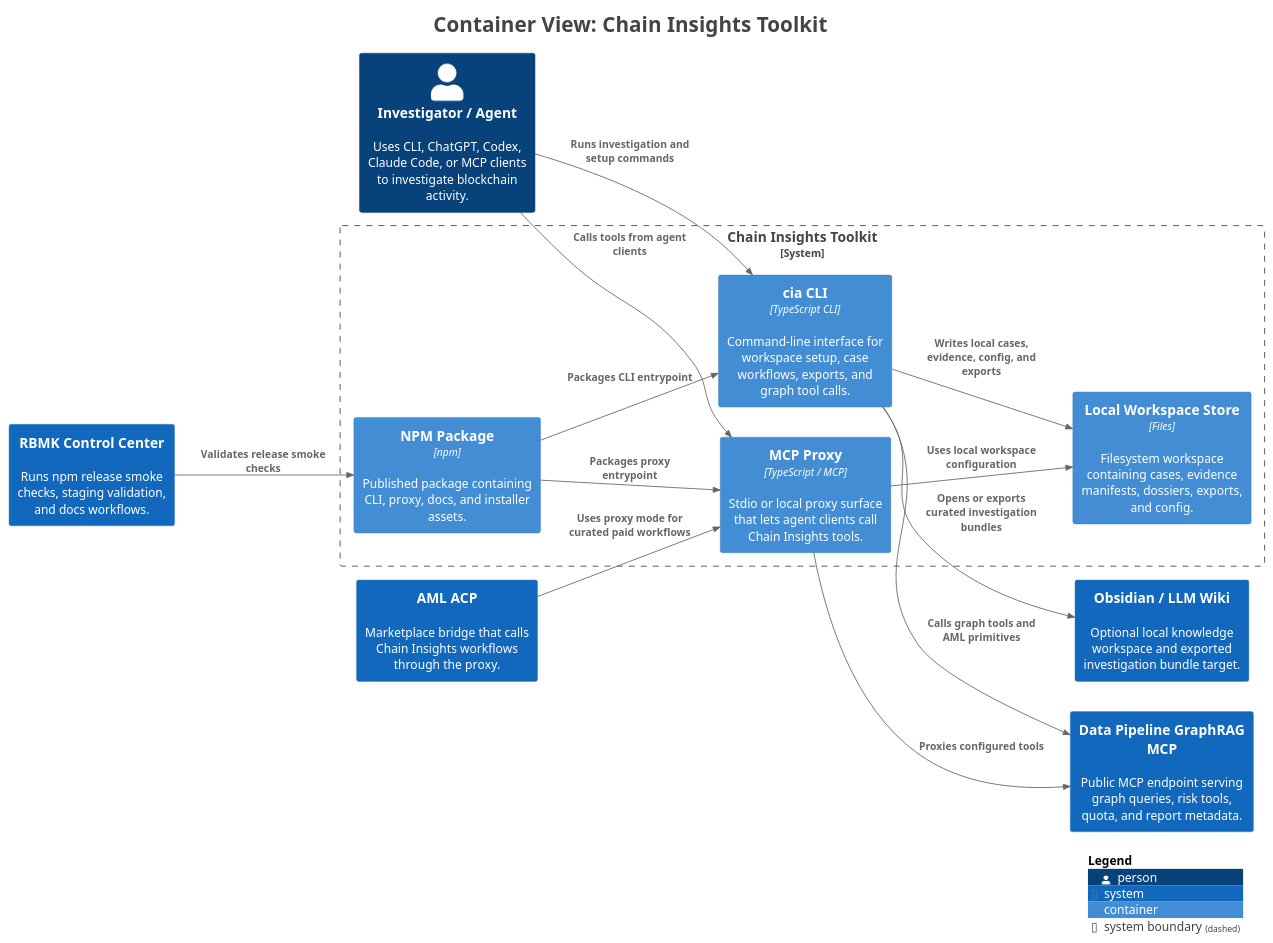
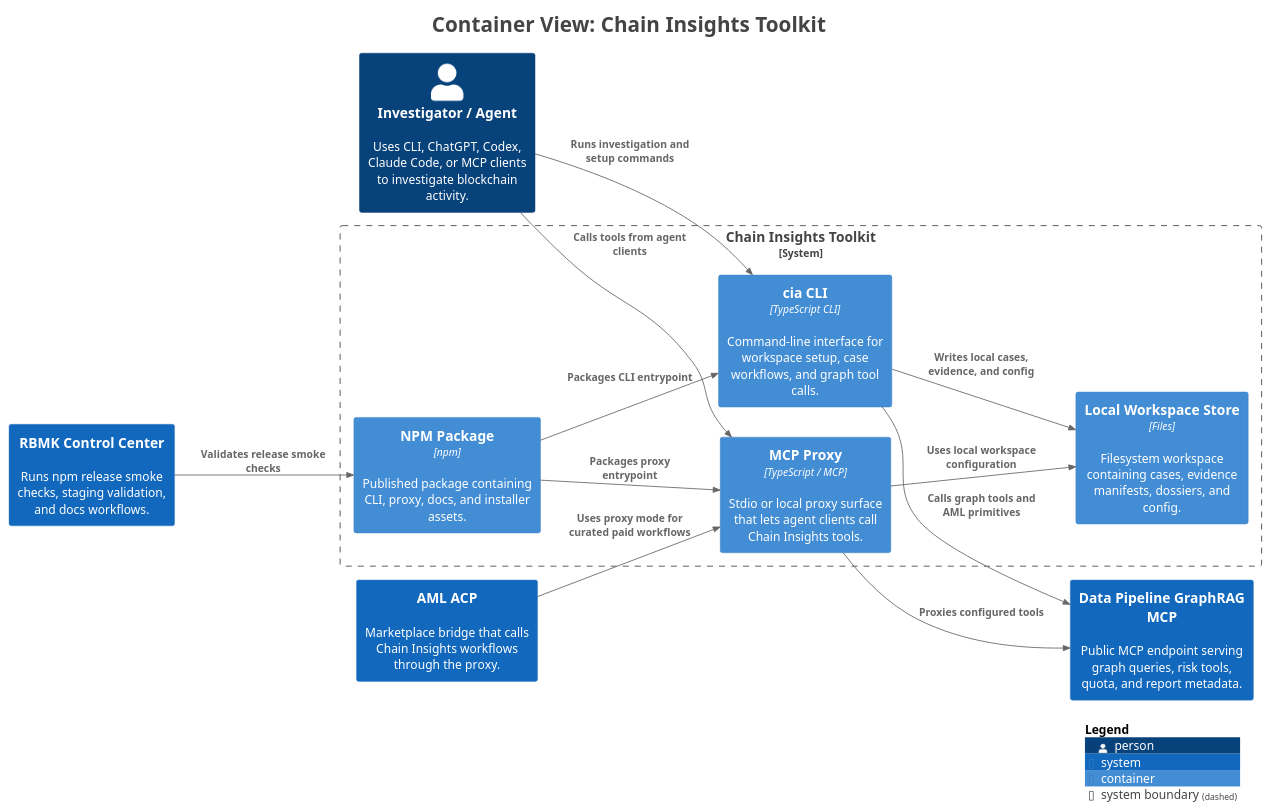
One commit to chainswarm/chain-insights changed the diagram in docs/architecture/diagrams/rendered/global/structurizr-chain-insights-containers.puml. Above: the diagram before and after it, drawn with PlantUML. The commit also changed 32 other files, not shown here.

```diff
--- a/docs/architecture/diagrams/rendered/global/structurizr-chain-insights-containers.puml
+++ b/docs/architecture/diagrams/rendered/global/structurizr-chain-insights-containers.puml
@@ -1,45 +1,43 @@
 @startuml
 title <size:24>Container View: Chain Insights Toolkit</size>
 
 set separator none
 left to right direction
 
 <style>
   root {
     BackgroundColor: #ffffff
     FontColor: #444444
   }
 </style>
 
 !include <C4/C4>
 !include <C4/C4_Context>
 !include <C4/C4_Container>
 
 Person(InvestigatorAgent, "Investigator / Agent", $descr="Uses CLI, ChatGPT, Codex, Claude Code, or MCP clients to investigate blockchain activity.", $tags="", $link="")
 System(RBMKControlCenter, "RBMK Control Center", $descr="Runs npm release smoke checks, staging validation, and docs workflows.", $tags="", $link="")
 System(DataPipelineGraphRAGMCP, "Data Pipeline GraphRAG MCP", $descr="Public MCP endpoint serving graph queries, risk tools, quota, and report metadata.", $tags="", $link="")
 System(AMLACP, "AML ACP", $descr="Marketplace bridge that calls Chain Insights workflows through the proxy.", $tags="", $link="")
-System(ObsidianLLMWiki, "Obsidian / LLM Wiki", $descr="Optional local knowledge workspace and exported investigation bundle target.", $tags="", $link="")
 
 System_Boundary("ChainInsightsToolkit_boundary", "Chain Insights Toolkit", $tags="") {
   Container(ChainInsightsToolkit.MCPProxy, "MCP Proxy", $techn="TypeScript / MCP", $descr="Stdio or local proxy surface that lets agent clients call Chain Insights tools.", $tags="", $link="")
-  Container(ChainInsightsToolkit.LocalWorkspaceStore, "Local Workspace Store", $techn="Files", $descr="Filesystem workspace containing cases, evidence manifests, dossiers, exports, and config.", $tags="", $link="")
+  Container(ChainInsightsToolkit.LocalWorkspaceStore, "Local Workspace Store", $techn="Files", $descr="Filesystem workspace containing cases, evidence manifests, dossiers, and config.", $tags="", $link="")
   Container(ChainInsightsToolkit.NPMPackage, "NPM Package", $techn="npm", $descr="Published package containing CLI, proxy, docs, and installer assets.", $tags="", $link="")
-  Container(ChainInsightsToolkit.ciaCLI, "cia CLI", $techn="TypeScript CLI", $descr="Command-line interface for workspace setup, case workflows, exports, and graph tool calls.", $tags="", $link="")
+  Container(ChainInsightsToolkit.ciaCLI, "cia CLI", $techn="TypeScript CLI", $descr="Command-line interface for workspace setup, case workflows, and graph tool calls.", $tags="", $link="")
 }
 
 Rel(InvestigatorAgent, ChainInsightsToolkit.ciaCLI, "Runs investigation and setup commands", $techn="", $tags="", $link="")
 Rel(InvestigatorAgent, ChainInsightsToolkit.MCPProxy, "Calls tools from agent clients", $techn="", $tags="", $link="")
 Rel(RBMKControlCenter, ChainInsightsToolkit.NPMPackage, "Validates release smoke checks", $techn="", $tags="", $link="")
 Rel(AMLACP, ChainInsightsToolkit.MCPProxy, "Uses proxy mode for curated paid workflows", $techn="", $tags="", $link="")
 Rel(ChainInsightsToolkit.ciaCLI, DataPipelineGraphRAGMCP, "Calls graph tools and AML primitives", $techn="", $tags="", $link="")
 Rel(ChainInsightsToolkit.MCPProxy, DataPipelineGraphRAGMCP, "Proxies configured tools", $techn="", $tags="", $link="")
-Rel(ChainInsightsToolkit.ciaCLI, ChainInsightsToolkit.LocalWorkspaceStore, "Writes local cases, evidence, config, and exports", $techn="", $tags="", $link="")
+Rel(ChainInsightsToolkit.ciaCLI, ChainInsightsToolkit.LocalWorkspaceStore, "Writes local cases, evidence, and config", $techn="", $tags="", $link="")
 Rel(ChainInsightsToolkit.MCPProxy, ChainInsightsToolkit.LocalWorkspaceStore, "Uses local workspace configuration", $techn="", $tags="", $link="")
-Rel(ChainInsightsToolkit.ciaCLI, ObsidianLLMWiki, "Opens or exports curated investigation bundles", $techn="", $tags="", $link="")
 Rel(ChainInsightsToolkit.NPMPackage, ChainInsightsToolkit.ciaCLI, "Packages CLI entrypoint", $techn="", $tags="", $link="")
 Rel(ChainInsightsToolkit.NPMPackage, ChainInsightsToolkit.MCPProxy, "Packages proxy entrypoint", $techn="", $tags="", $link="")
 
 SHOW_LEGEND(true)
 hide stereotypes
 @enduml
```
